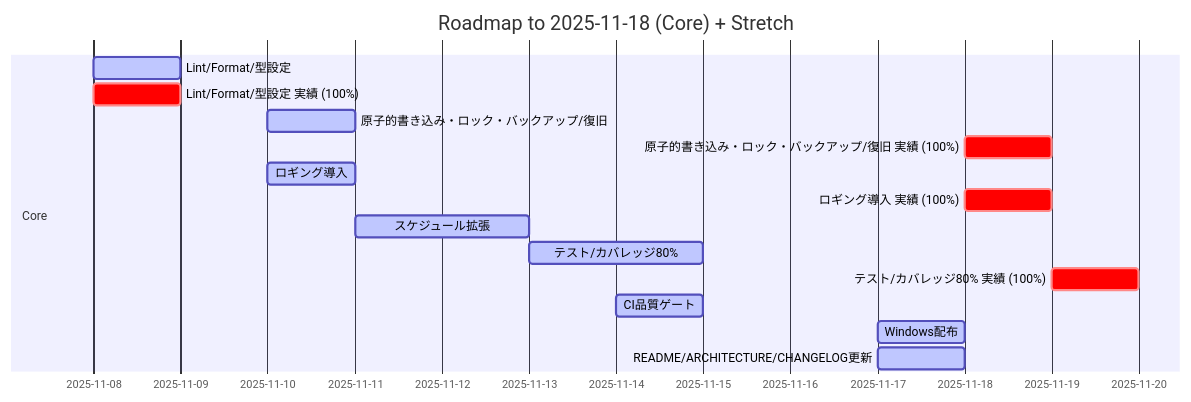
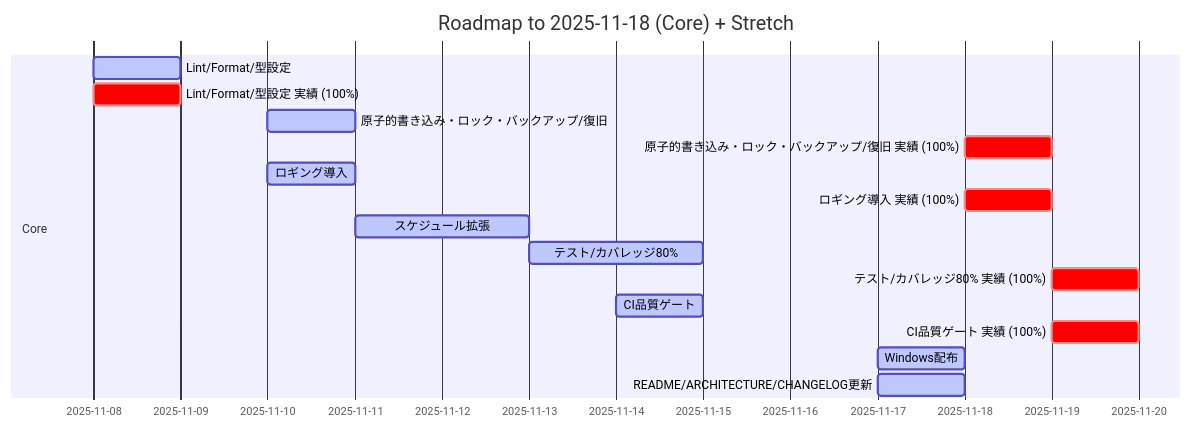
Before and after one commit to takenet193/task-reminder-tool: the diagram in docs/ROADMAP.md, drawn with Mermaid. The commit also changed other lines of this file and 15 other files, not shown here.

````diff
--- a/docs/ROADMAP.md
+++ b/docs/ROADMAP.md
@@ -37,26 +37,27 @@
 ```mermaid
 gantt
   dateFormat  YYYY-MM-DD
   title Roadmap to 2025-11-18 (Core) + Stretch
   section Core
   Lint/Format/型設定  :active, 2025-11-08, 1.0d
   Lint/Format/型設定 実績 (100%)  :crit, 2025-11-08, 1.0d
   原子的書き込み・ロック・バックアップ/復旧  :active, 2025-11-10, 1.0d
   原子的書き込み・ロック・バックアップ/復旧 実績 (100%)  :crit, 2025-11-18, 1.0d
   ロギング導入  :active, 2025-11-10, 1.0d
   ロギング導入 実績 (100%)  :crit, 2025-11-18, 1.0d
   スケジュール拡張  :active, 2025-11-11, 2.0d
   テスト/カバレッジ80%  :active, 2025-11-13, 2.0d
   テスト/カバレッジ80% 実績 (100%)  :crit, 2025-11-19, 1.0d
   CI品質ゲート  :active, 2025-11-14, 1.0d
+  CI品質ゲート 実績 (100%)  :crit, 2025-11-19, 1.0d
   Windows配布  :active, 2025-11-17, 1.0d
   README/ARCHITECTURE/CHANGELOG更新  :active, 2025-11-17, 1.0d
   section Stretch
   %% スケジュールUI (日付未定)
   %% 通知ディスパッチ (日付未定)
   %% Win/Mac表示差異吸収 (日付未定)
   %% macOS配布 (日付未定)
   %% MCP自動化 (日付未定)
   %% デモGIF作成 (日付未定)
   %% アーキ図/通知シーケンス図 (日付未定)
 ```
````
